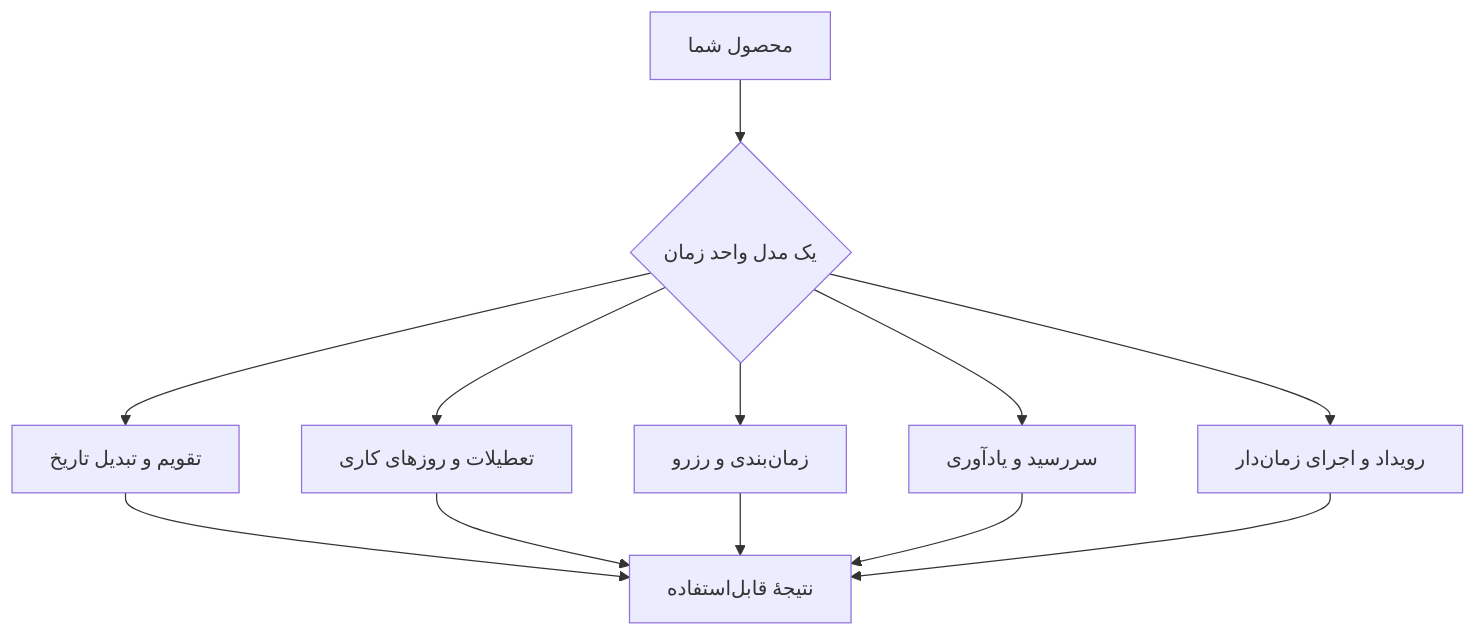
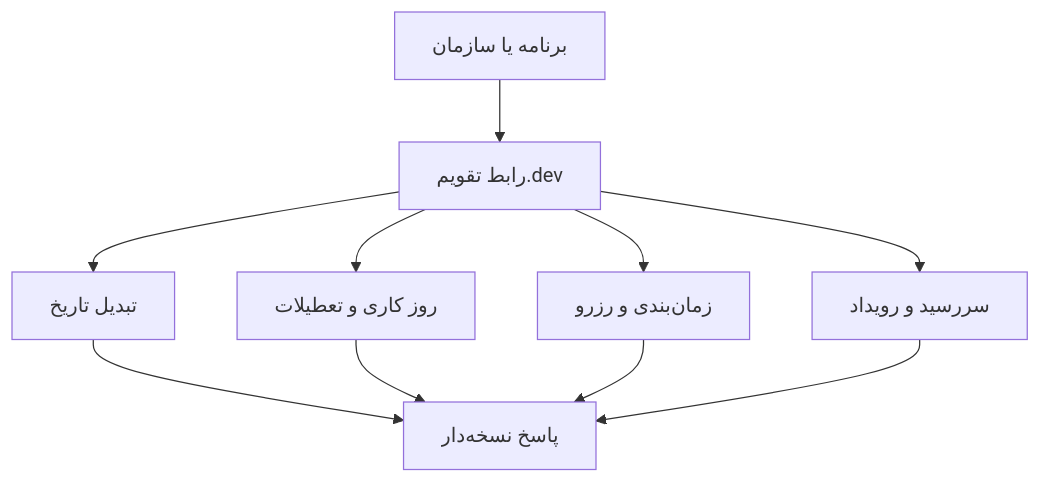
One commit to Taghvim-dev/.github changed the diagram in profile/README.md. Above: the diagram before and after it, drawn with Mermaid. The commit also changed other lines of this file and 10 other files, not shown here.

````diff
--- a/profile/README.md
+++ b/profile/README.md
@@ -18,14 +17,12 @@
 ```mermaid
 flowchart TB
-    A["محصول شما"] --> B{"یک مدل واحد زمان"}
-    B --> C["تقویم و تبدیل تاریخ"]
-    B --> D["تعطیلات و روزهای کاری"]
+    A["برنامه یا سازمان"] --> B["رابط تقویم.dev"]
+    B --> C["تبدیل تاریخ"]
+    B --> D["روز کاری و تعطیلات"]
     B --> E["زمان‌بندی و رزرو"]
-    B --> F["سررسید و یادآوری"]
-    B --> G["رویداد و اجرای زمان‌دار"]
-    C --> H["نتیجهٔ قابل‌استفاده"]
-    D --> H
-    E --> H
-    F --> H
-    G --> H
+    B --> F["سررسید و رویداد"]
+    C --> G["پاسخ نسخه‌دار"]
+    D --> G
+    E --> G
+    F --> G
 ```
````
